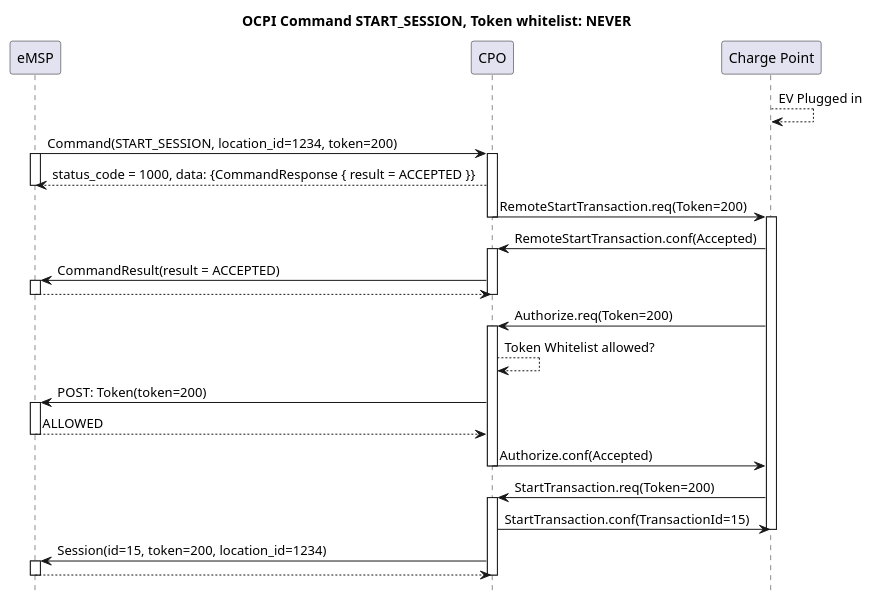
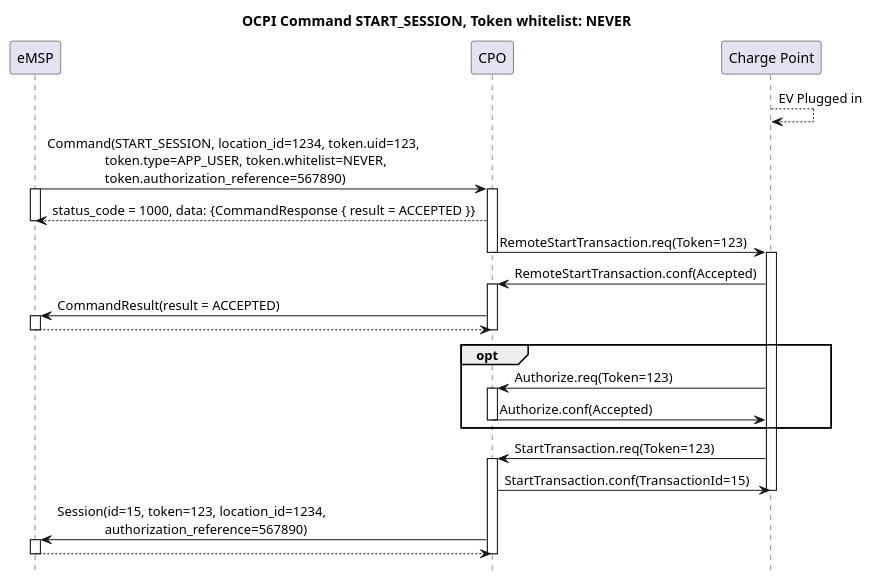
Before and after one commit to ocpi/ocpi: the diagram in plantuml/command_start_session_whitelist_never.plantuml, drawn with PlantUML. The commit also changed 7 other files, not shown here.

First line of the commit message:
Fixed Command StartSession sequence diagrams to nolonger contain real-time authorization

```diff
--- a/plantuml/command_start_session_whitelist_never.plantuml
+++ b/plantuml/command_start_session_whitelist_never.plantuml
@@ -1,47 +1,44 @@
 @startuml
 title OCPI Command START_SESSION, Token whitelist: NEVER
 hide footbox
 
 participant eMSP
 participant CPO
 participant "Charge Point" as CP
 
 CP   --> CP: EV Plugged in
 
-eMSP ->  CPO:  Command(START_SESSION, location_id=1234, token=200)
+eMSP ->  CPO:  Command(START_SESSION, location_id=1234, token.uid=123,\n                 token.type=APP_USER, token.whitelist=NEVER,\n                 token.authorization_reference=567890)
 activate eMSP
 activate CPO
 CPO  --> eMSP: status_code = 1000, data: {CommandResponse { result = ACCEPTED }}
 deactivate eMSP
 
-CPO  ->  CP:   RemoteStartTransaction.req(Token=200)
+CPO  ->  CP:   RemoteStartTransaction.req(Token=123)
 deactivate CPO
 activate CP
 CP   ->  CPO:  RemoteStartTransaction.conf(Accepted)
 activate CPO
 CPO  ->  eMSP: CommandResult(result = ACCEPTED)
 activate eMSP
 eMSP --> CPO:
 deactivate CPO
 deactivate eMSP
 
-CP   ->  CPO:  Authorize.req(Token=200)
-activate CPO
-CPO --> CPO: Token Whitelist allowed?
-CPO  ->  eMSP: POST: Token(token=200)
-activate eMSP
-eMSP --> CPO: ALLOWED
-deactivate eMSP
-CPO  ->  CP:   Authorize.conf(Accepted)
-deactivate CPO
+opt
+  CP   ->  CPO:  Authorize.req(Token=123)
+  activate CPO
+  CPO  ->  CP:   Authorize.conf(Accepted)
+  deactivate CPO
+end
 
-CP   ->  CPO:  StartTransaction.req(Token=200)
+CP   ->  CPO:  StartTransaction.req(Token=123)
 activate CPO
 CPO  ->  CP:   StartTransaction.conf(TransactionId=15)
 deactivate CP
-CPO  ->  eMSP: Session(id=15, token=200, location_id=1234)
+CPO  ->  eMSP: Session(id=15, token=123, location_id=1234,\n              authorization_reference=567890)
 activate eMSP
 eMSP --> CPO:
 deactivate CPO
 deactivate eMSP
 @enduml
```
